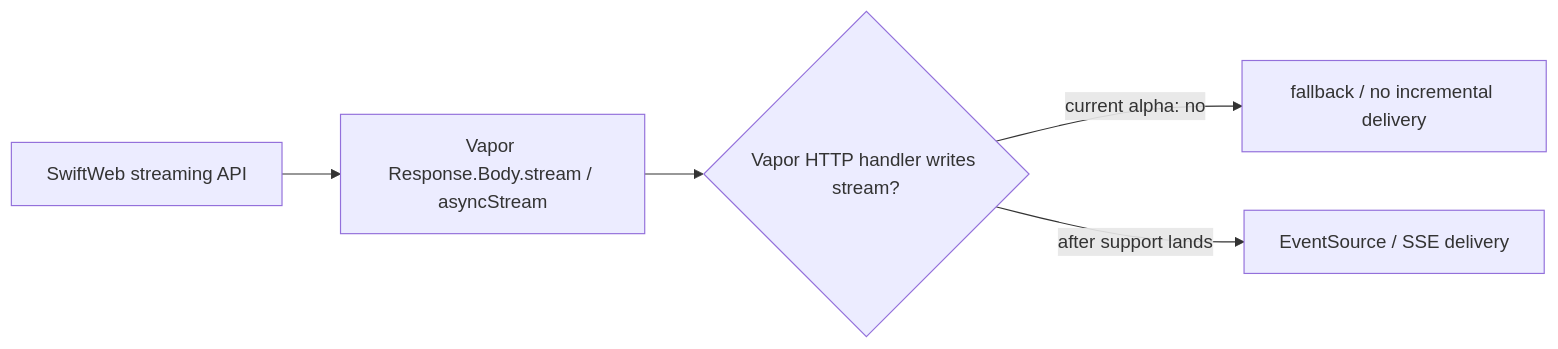
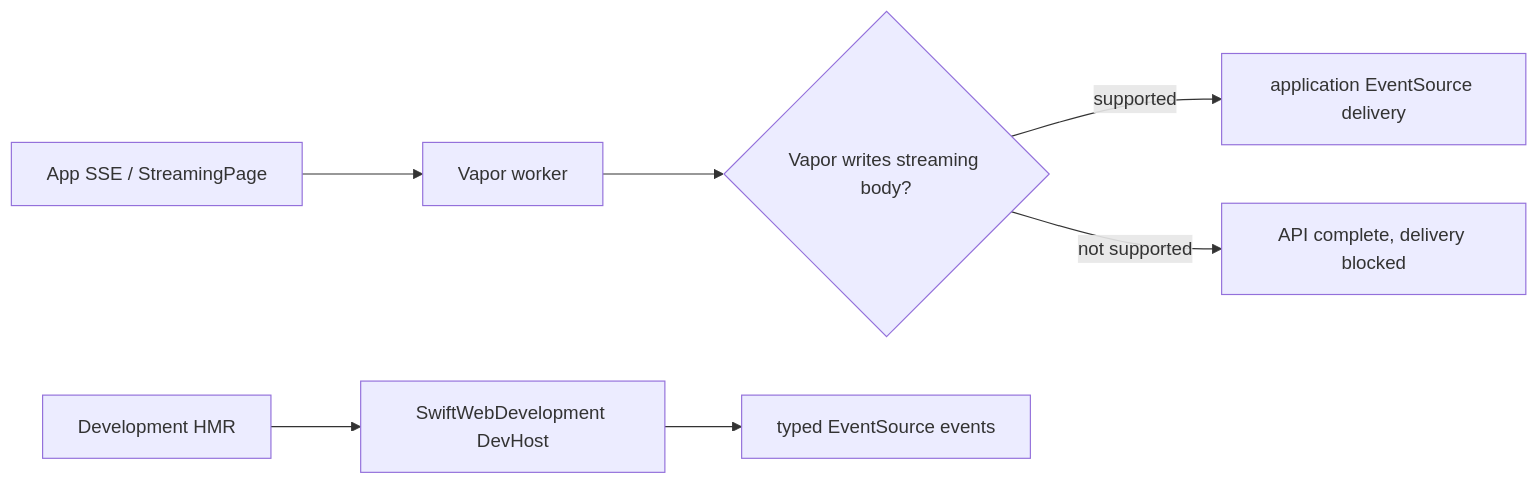
The fourth of 9 diagrams in Sources/SwiftWeb/README.md (1amageek/swift-web), drawn with Mermaid before and after one commit. The commit also changed other lines of this file and 98 other files, not shown here.

````diff
--- a/Sources/SwiftWeb/README.md
+++ b/Sources/SwiftWeb/README.md
@@ -156,7 +161,9 @@
 ```mermaid
 flowchart LR
-  A["SwiftWeb streaming API"] --> B["Vapor Response.Body.stream / asyncStream"]
-  B --> C{"Vapor HTTP handler writes stream?"}
-  C -->|current alpha: no| D["fallback / no incremental delivery"]
-  C -->|after support lands| E["EventSource / SSE delivery"]
+  A["App SSE / StreamingPage"] --> B["Vapor worker"]
+  B --> C{"Vapor writes streaming body?"}
+  C -->|supported| D["application EventSource delivery"]
+  C -->|not supported| E["API complete, delivery blocked"]
+  F["Development HMR"] --> G["SwiftWebDevelopment DevHost"]
+  G --> H["typed EventSource events"]
 ```
````
